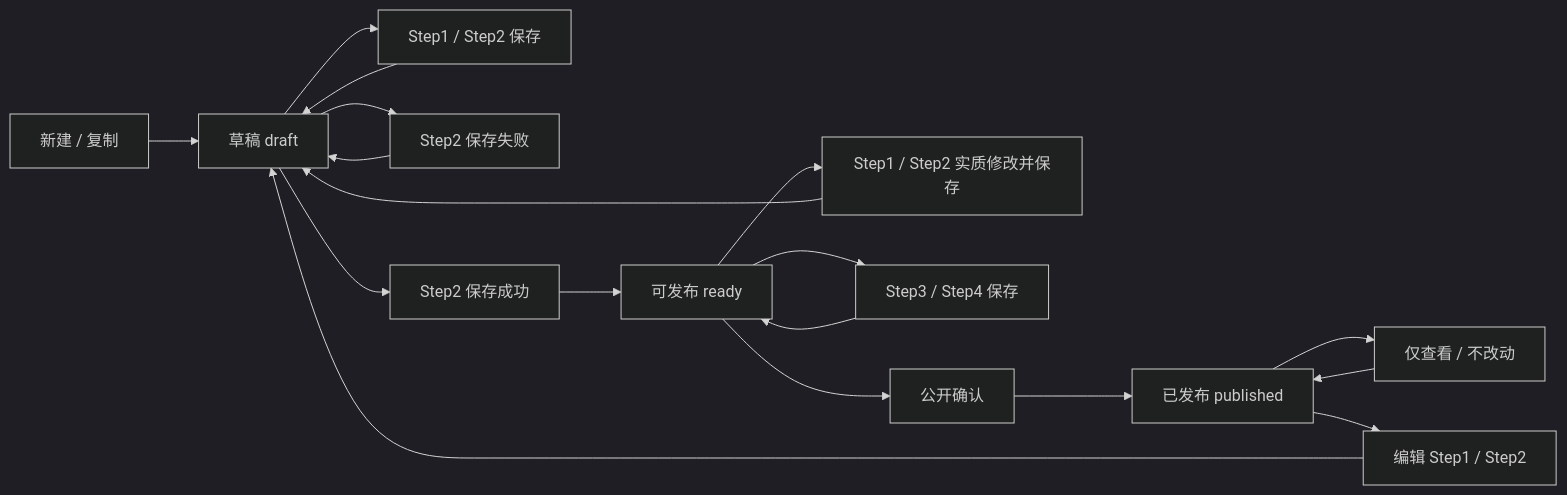
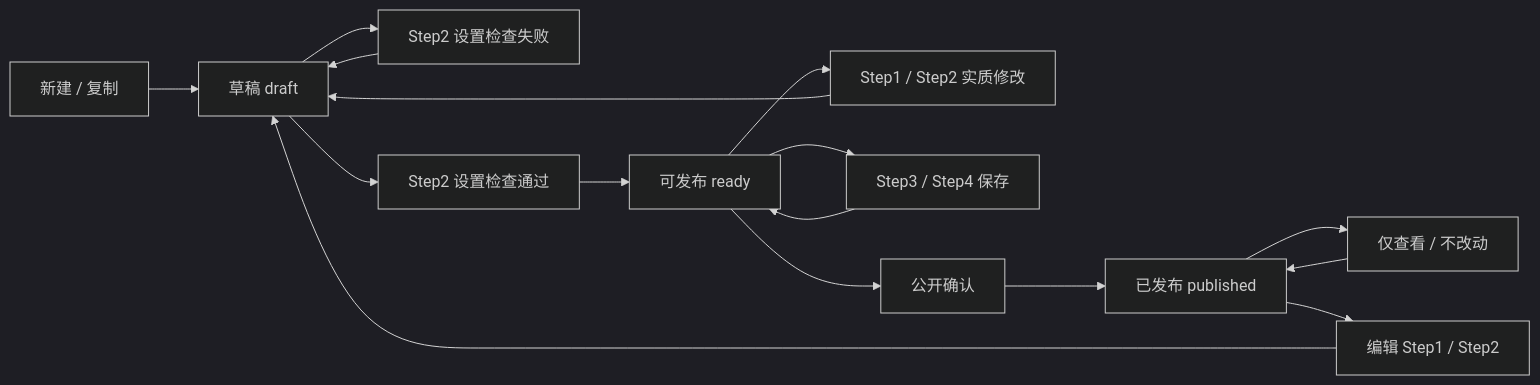
The first of 3 diagrams in prototypes/kisoku-nintei/PRD.zh-CN.md (aruirage/IDP-workflow), drawn with Mermaid (dark theme) before and after one commit. The commit also changed other lines of this file and 3 other files, not shown here.

````diff
--- a/prototypes/kisoku-nintei/PRD.zh-CN.md
+++ b/prototypes/kisoku-nintei/PRD.zh-CN.md
@@ -76,20 +77,18 @@
 ```mermaid
 flowchart LR
   newScene["新建 / 复制"] --> draft["草稿 draft"]
-  draft --> save12["Step1 / Step2 保存"]
-  save12 --> draft
-  draft --> saveFail["Step2 保存失败"]
-  saveFail --> draft
-  draft --> saveSuccess["Step2 保存成功"]
-  saveSuccess --> ready["可发布 ready"]
-  ready --> edit12["Step1 / Step2 实质修改并保存"]
+  draft --> checkFail["Step2 设置检查失败"]
+  checkFail --> draft
+  draft --> checkSuccess["Step2 设置检查通过"]
+  checkSuccess --> ready["可发布 ready"]
+  ready --> edit12["Step1 / Step2 实质修改"]
   edit12 --> draft
   ready --> save34["Step3 / Step4 保存"]
   save34 --> ready
   ready --> publish["公开确认"]
   publish --> published["已发布 published"]
   published --> viewOnly["仅查看 / 不改动"]
   viewOnly --> published
   published --> editPublished["编辑 Step1 / Step2"]
   editPublished --> draft
 ```
````
